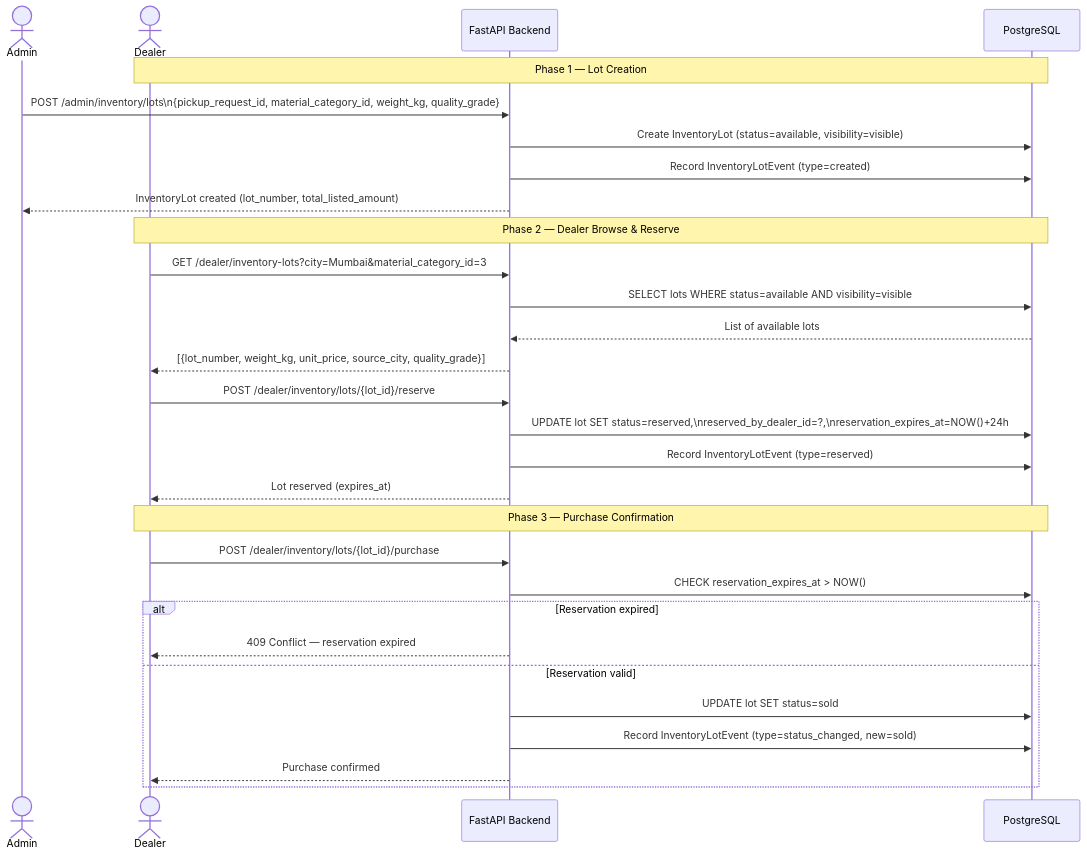
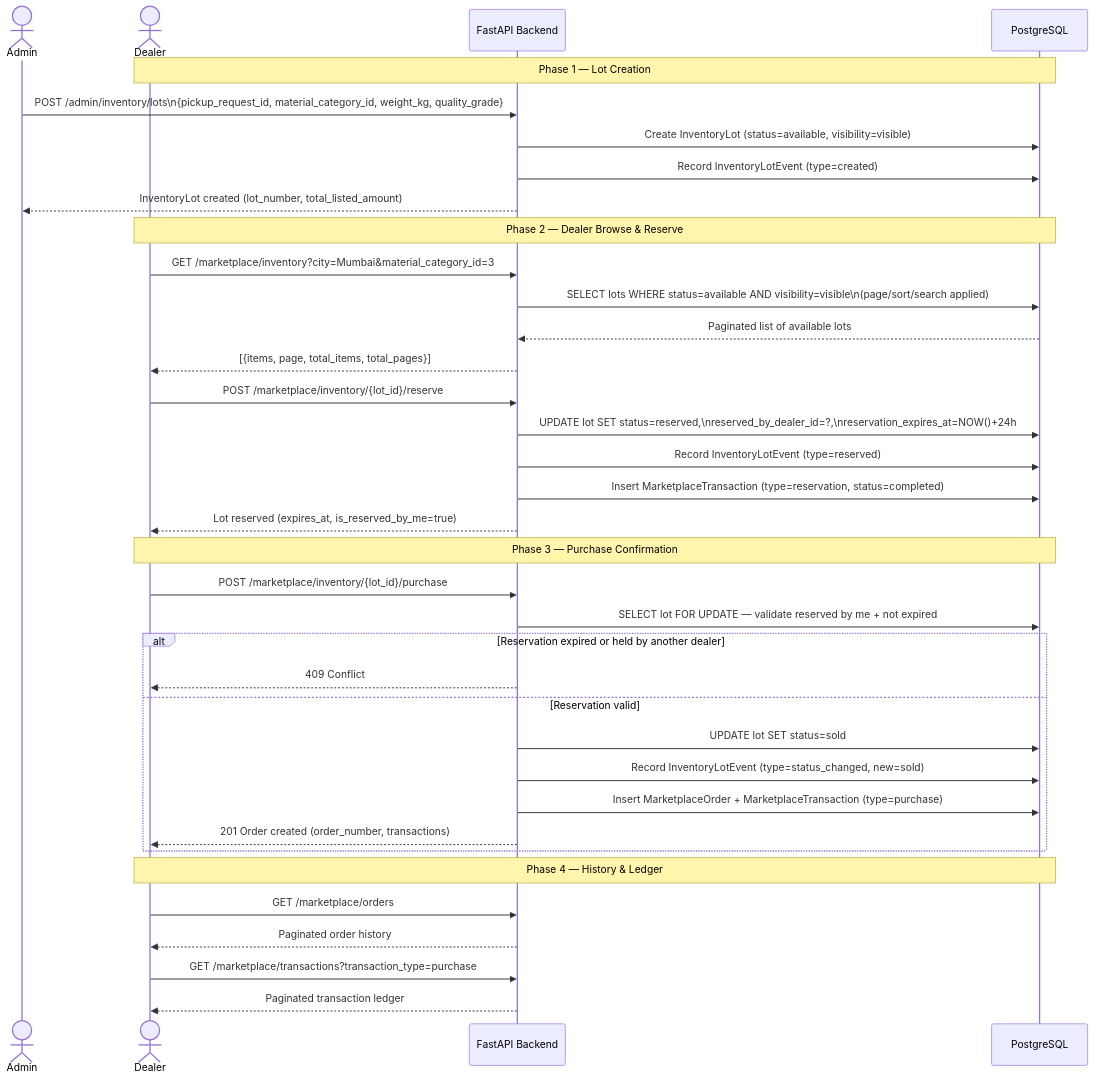
The tenth of 13 diagrams in docs/SYSTEM_ARCHITECTURE.md (Subhajitdas99/waste-iq), drawn with Mermaid before and after one commit. The commit also changed other lines of this file and 89 other files, not shown here.

````diff
--- a/docs/SYSTEM_ARCHITECTURE.md
+++ b/docs/SYSTEM_ARCHITECTURE.md
@@ -332,35 +443,43 @@
 ```mermaid
 sequenceDiagram
     actor A as Admin
     actor D as Dealer
     participant BE as FastAPI Backend
     participant DB as PostgreSQL
 
     Note over D,DB: Phase 1 — Lot Creation
     A->>BE: POST /admin/inventory/lots\n{pickup_request_id, material_category_id, weight_kg, quality_grade}
     BE->>DB: Create InventoryLot (status=available, visibility=visible)
     BE->>DB: Record InventoryLotEvent (type=created)
     BE-->>A: InventoryLot created (lot_number, total_listed_amount)
 
     Note over D,DB: Phase 2 — Dealer Browse & Reserve
-    D->>BE: GET /dealer/inventory-lots?city=Mumbai&material_category_id=3
-    BE->>DB: SELECT lots WHERE status=available AND visibility=visible
-    DB-->>BE: List of available lots
-    BE-->>D: [{lot_number, weight_kg, unit_price, source_city, quality_grade}]
+    D->>BE: GET /marketplace/inventory?city=Mumbai&material_category_id=3
+    BE->>DB: SELECT lots WHERE status=available AND visibility=visible\n(page/sort/search applied)
+    DB-->>BE: Paginated list of available lots
+    BE-->>D: [{items, page, total_items, total_pages}]
 
-    D->>BE: POST /dealer/inventory/lots/{lot_id}/reserve
+    D->>BE: POST /marketplace/inventory/{lot_id}/reserve
     BE->>DB: UPDATE lot SET status=reserved,\nreserved_by_dealer_id=?,\nreservation_expires_at=NOW()+24h
     BE->>DB: Record InventoryLotEvent (type=reserved)
-    BE-->>D: Lot reserved (expires_at)
+    BE->>DB: Insert MarketplaceTransaction (type=reservation, status=completed)
+    BE-->>D: Lot reserved (expires_at, is_reserved_by_me=true)
 
     Note over D,DB: Phase 3 — Purchase Confirmation
-    D->>BE: POST /dealer/inventory/lots/{lot_id}/purchase
-    BE->>DB: CHECK reservation_expires_at > NOW()
-    alt Reservation expired
-        BE-->>D: 409 Conflict — reservation expired
+    D->>BE: POST /marketplace/inventory/{lot_id}/purchase
+    BE->>DB: SELECT lot FOR UPDATE — validate reserved by me + not expired
+    alt Reservation expired or held by another dealer
+        BE-->>D: 409 Conflict
     else Reservation valid
         BE->>DB: UPDATE lot SET status=sold
         BE->>DB: Record InventoryLotEvent (type=status_changed, new=sold)
-        BE-->>D: Purchase confirmed
+        BE->>DB: Insert MarketplaceOrder + MarketplaceTransaction (type=purchase)
+        BE-->>D: 201 Order created (order_number, transactions)
     end
+
+    Note over D,DB: Phase 4 — History & Ledger
+    D->>BE: GET /marketplace/orders
+    BE-->>D: Paginated order history
+    D->>BE: GET /marketplace/transactions?transaction_type=purchase
+    BE-->>D: Paginated transaction ledger
 ```
````
